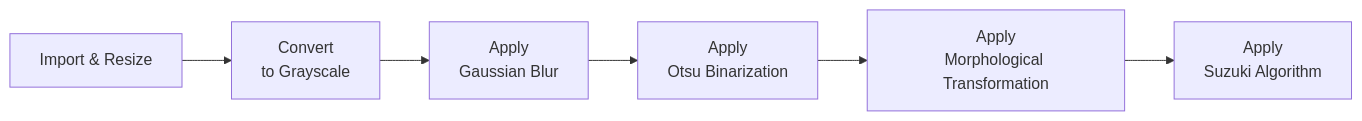
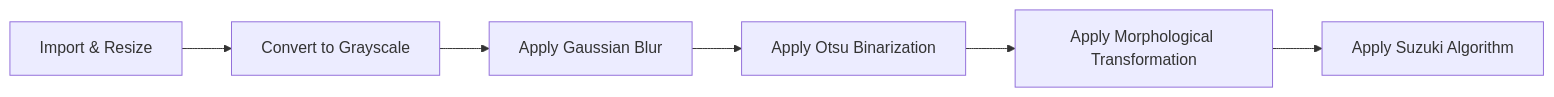
One commit to krieger1512/Bild1_Segmentation changed the second of 3 diagrams in README.md. Above: the diagram before and after it, drawn with Mermaid. The commit also changed other lines of this file and 1 other file, not shown here.

````diff
--- a/README.md
+++ b/README.md
@@ -257,17 +257,17 @@
 ```mermaid
 flowchart LR
   import_resize[Import & Resize]
 
-  convert_grayscale[Convert\nto Grayscale]
+  convert_grayscale[Convert to Grayscale]
 
-  gaussian_blur[Apply\nGaussian Blur]
+  gaussian_blur[Apply Gaussian Blur]
 
-  otsu[Apply\nOtsu Binarization]
+  otsu[Apply Otsu Binarization]
 
-  morph[Apply\nMorphological Transformation]
+  morph[Apply Morphological Transformation]
 
-  suzuki[Apply\nSuzuki Algorithm]
+  suzuki[Apply Suzuki Algorithm]
   
   import_resize --> convert_grayscale --> gaussian_blur --> otsu --> morph --> suzuki 
   
 ```
````
